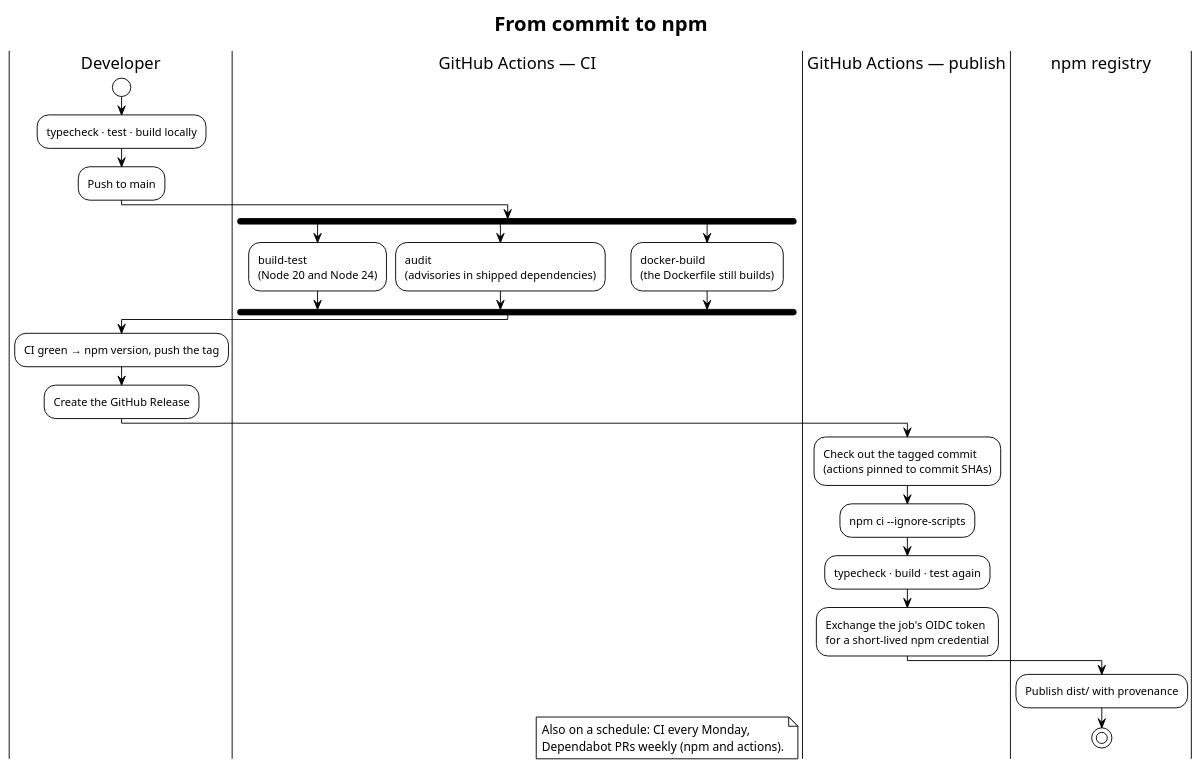
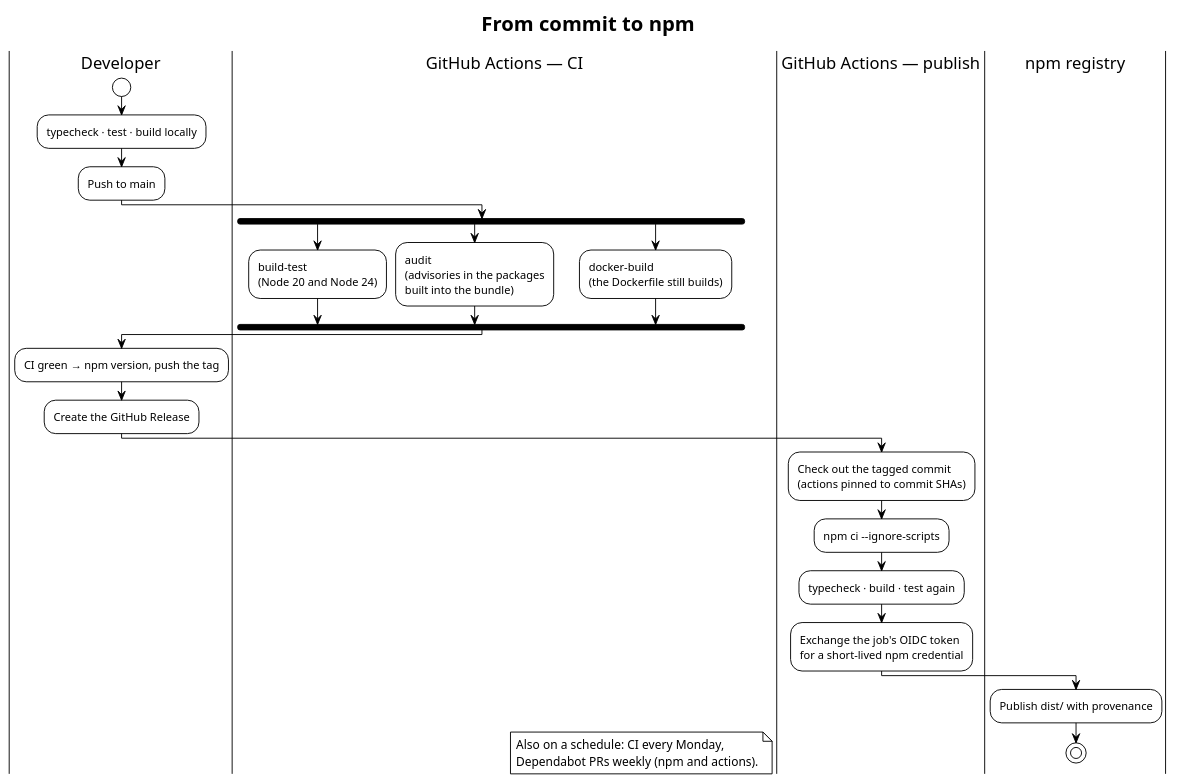
The diagram in docs/diagrams/release-pipeline.puml (slawomir-szostak/punchout-simulator), drawn with PlantUML before and after one commit. The commit also changed 18 other files, not shown here.

First line of the commit message:
build: no runtime dependencies — every package is built into the server bundle; fix proxy on Node 26

```diff
--- a/docs/diagrams/release-pipeline.puml
+++ b/docs/diagrams/release-pipeline.puml
@@ -1,38 +1,38 @@
 @startuml release-pipeline
 !theme plain
 title From commit to npm
 
 |Developer|
 start
 :typecheck · test · build locally;
 :Push to main;
 
 |GitHub Actions — CI|
 fork
   :build-test\n(Node 20 and Node 24);
 fork again
-  :audit\n(advisories in shipped dependencies);
+  :audit\n(advisories in the packages\nbuilt into the bundle);
 fork again
   :docker-build\n(the Dockerfile still builds);
 end fork
 
 |Developer|
 :CI green → npm version, push the tag;
 :Create the GitHub Release;
 
 |GitHub Actions — publish|
 :Check out the tagged commit\n(actions pinned to commit SHAs);
 :npm ci --ignore-scripts;
 :typecheck · build · test again;
 :Exchange the job's OIDC token\nfor a short-lived npm credential;
 
 |npm registry|
 :Publish dist/ with provenance;
 stop
 
 |GitHub Actions — CI|
 floating note right
   Also on a schedule: CI every Monday,
   Dependabot PRs weekly (npm and actions).
 end note
 @enduml
```
